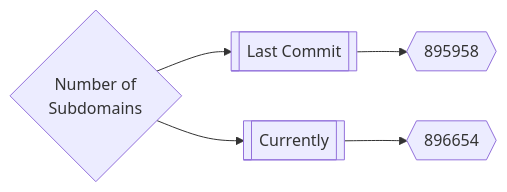
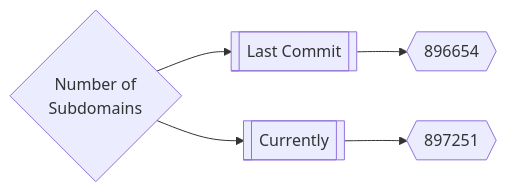
Before and after one commit to trickest/inventory: the first of 3 diagrams in README.md, drawn with Mermaid. The commit also changed other lines of this file, not shown here.

````diff
--- a/README.md
+++ b/README.md
@@ -167,5 +167,5 @@
 ```mermaid
 graph LR
-title{Number of<br>Subdomains} --> subdomainsDate1[[Last Commit]] --> subdomainsNum1{{895958}}
-title --> subdomainsDate2[[Currently]] --> subdomainsNum2{{896654}}
+title{Number of<br>Subdomains} --> subdomainsDate1[[Last Commit]] --> subdomainsNum1{{896654}}
+title --> subdomainsDate2[[Currently]] --> subdomainsNum2{{897251}}
 ```
````
